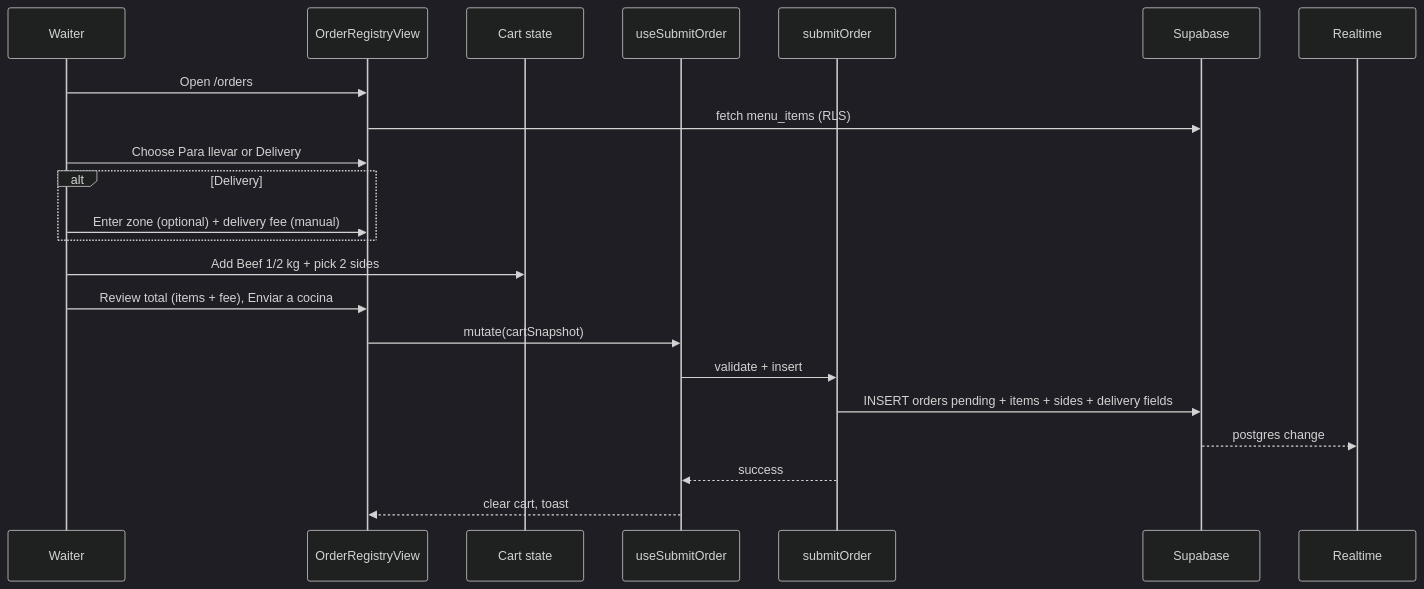
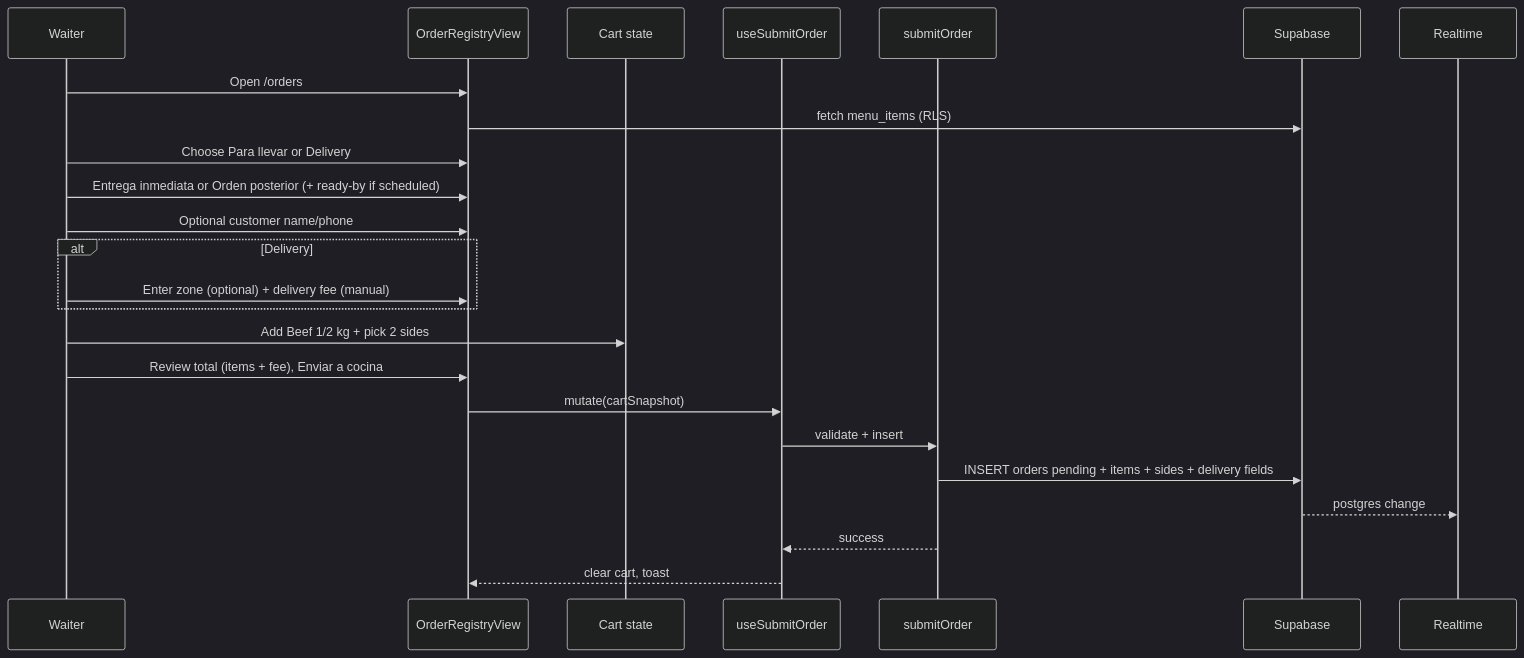
The first of 2 diagrams in specs/order-kitchen-queue/design.md (gabojaime/asadero-pro), drawn with Mermaid (dark theme) before and after one commit. The commit also changed other lines of this file and 6 other files, not shown here.

First line of the commit message:
docs(orders): record Phase 7 fulfillment increment and schema

````diff
--- a/specs/order-kitchen-queue/design.md
+++ b/specs/order-kitchen-queue/design.md
@@ -39,25 +41,27 @@
 ```mermaid
 sequenceDiagram
   participant W as Waiter
   participant UI as OrderRegistryView
   participant C as Cart state
   participant M as useSubmitOrder
   participant UC as submitOrder
   participant DB as Supabase
   participant RT as Realtime
 
   W->>UI: Open /orders
   UI->>DB: fetch menu_items (RLS)
   W->>UI: Choose Para llevar or Delivery
+  W->>UI: Entrega inmediata or Orden posterior (+ ready-by if scheduled)
+  W->>UI: Optional customer name/phone
   alt Delivery
     W->>UI: Enter zone (optional) + delivery fee (manual)
   end
   W->>C: Add Beef 1/2 kg + pick 2 sides
   W->>UI: Review total (items + fee), Enviar a cocina
   UI->>M: mutate(cartSnapshot)
   M->>UC: validate + insert
   UC->>DB: INSERT orders pending + items + sides + delivery fields
   DB-->>RT: postgres change
   UC-->>M: success
   M-->>UI: clear cart, toast
 ```
````
